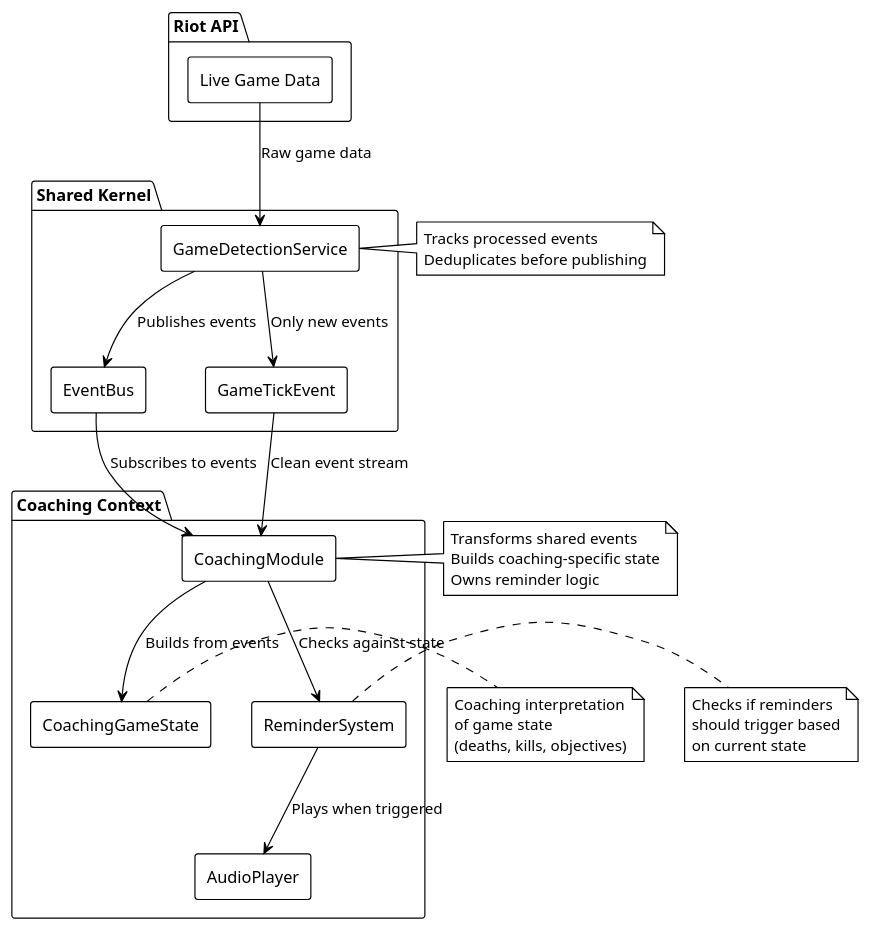
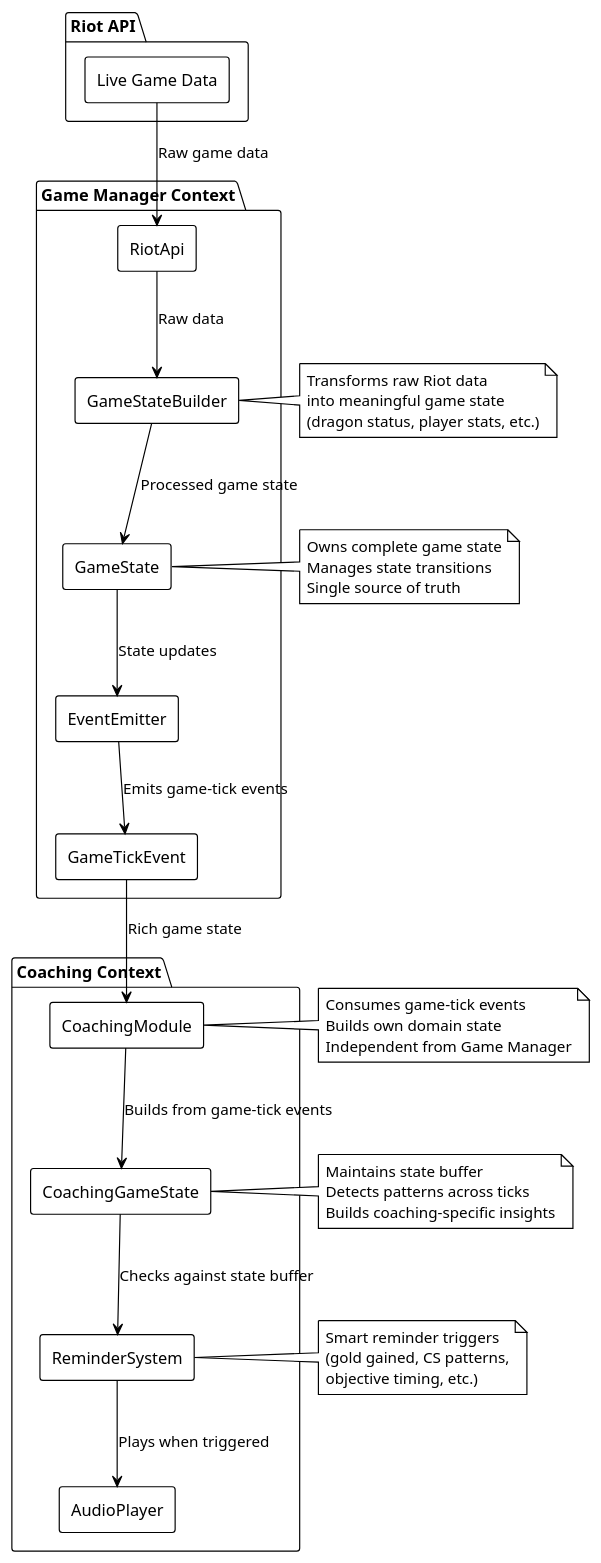
The diagram in docs/SmartReminders.puml (donnyroufs/leaguedex.app), drawn with PlantUML before and after one commit. The commit also changed 1 other file, not shown here.

```diff
--- a/docs/SmartReminders.puml
+++ b/docs/SmartReminders.puml
@@ -1,57 +1,67 @@
 @startuml Smart Reminders Architecture
 !theme plain
 skinparam backgroundColor transparent
 skinparam componentStyle rectangle
 
 package "Riot API" {
   [Live Game Data] as riot
 }
 
-package "Shared Kernel" {
-  [GameDetectionService] as detection
-  [EventBus] as eventBus
+package "Game Manager Context" {
+  [RiotApi] as riotApi
+  [GameStateBuilder] as stateBuilder
+  [GameState] as gameState
+  [EventEmitter] as eventEmitter
   [GameTickEvent] as gameTick
 }
 
 package "Coaching Context" {
   [CoachingModule] as coaching
   [CoachingGameState] as coachingState
   [ReminderSystem] as reminders
   [AudioPlayer] as audio
 }
 
 ' Data flow
-riot --> detection : Raw game data
-detection --> eventBus : Publishes events
-eventBus --> coaching : Subscribes to events
-coaching --> coachingState : Builds from events
-coaching --> reminders : Checks against state
+riot --> riotApi : Raw game data
+riotApi --> stateBuilder : Raw data
+stateBuilder --> gameState : Processed game state
+gameState --> eventEmitter : State updates
+eventEmitter --> gameTick : Emits game-tick events
+gameTick --> coaching : Rich game state
+
+' Coaching internal flow
+coaching --> coachingState : Builds from game-tick events
+coachingState --> reminders : Checks against state buffer
 reminders --> audio : Plays when triggered
 
-' Event flow
-detection --> gameTick : Only new events
-gameTick --> coaching : Clean event stream
+note right of stateBuilder
+  Transforms raw Riot data
+  into meaningful game state
+  (dragon status, player stats, etc.)
+end note
 
-note right of detection
-  Tracks processed events
-  Deduplicates before publishing
+note right of gameState
+  Owns complete game state
+  Manages state transitions
+  Single source of truth
+end note
+
+note right of coachingState
+  Maintains state buffer
+  Detects patterns across ticks
+  Builds coaching-specific insights
+end note
+
+note right of reminders
+  Smart reminder triggers
+  (gold gained, CS patterns,
+  objective timing, etc.)
 end note
 
 note right of coaching
-  Transforms shared events
-  Builds coaching-specific state
-  Owns reminder logic
-end note
-
-note right of coachingState
-  Coaching interpretation
-  of game state
-  (deaths, kills, objectives)
-end note
-
-note right of reminders
-  Checks if reminders
-  should trigger based
-  on current state
+  Consumes game-tick events
+  Builds own domain state
+  Independent from Game Manager
 end note
 @enduml
```
